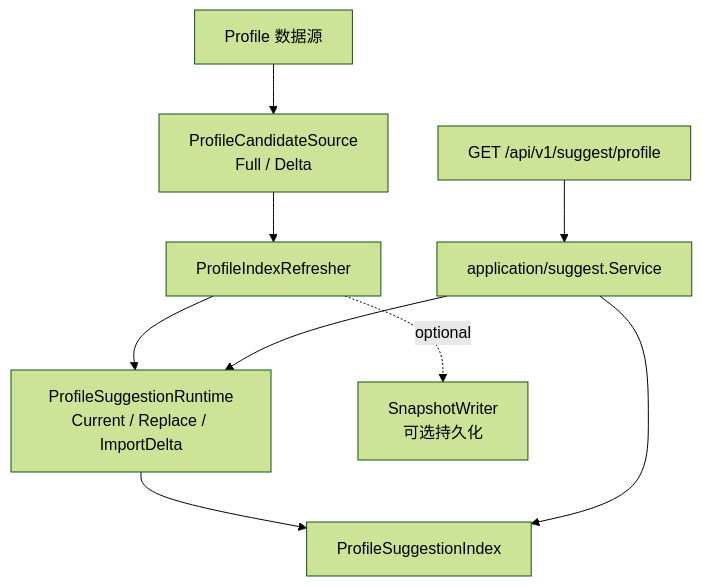
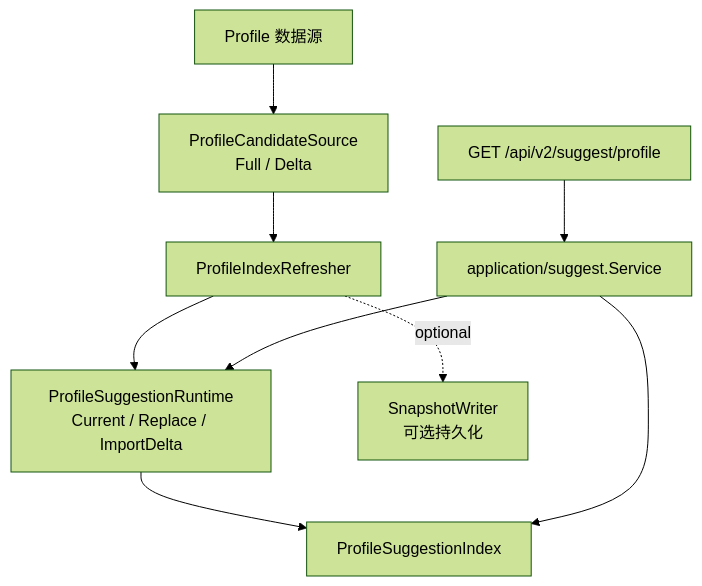
The first of 4 diagrams in docs/02-业务域/04-suggest-儿童联想搜索.md (FangcunMount/iam), drawn with Mermaid (forest theme) before and after one commit. The commit also changed other lines of this file and 611 other files, not shown here.

Commit message:
feat 完成 IAM SDK v2、REST API v2、gRPC API v2 迁移

````diff
--- a/docs/02-业务域/04-suggest-儿童联想搜索.md
+++ b/docs/02-业务域/04-suggest-儿童联想搜索.md
@@ -18,20 +18,20 @@
 ```mermaid
 flowchart TD
     ProfileStore["Profile 数据源"]
     Source["ProfileCandidateSource\nFull / Delta"]
     Refresher["ProfileIndexRefresher"]
     Runtime["ProfileSuggestionRuntime\nCurrent / Replace / ImportDelta"]
     Index["ProfileSuggestionIndex"]
     Service["application/suggest.Service"]
-    REST["GET /api/v1/suggest/profile"]
+    REST["GET /api/v2/suggest/profile"]
     Snapshot["SnapshotWriter\n可选持久化"]
 
     ProfileStore --> Source
     Source --> Refresher
     Refresher --> Runtime
     Refresher -. "optional" .-> Snapshot
     Runtime --> Index
     REST --> Service
     Service --> Runtime
     Service --> Index
 ```
````
